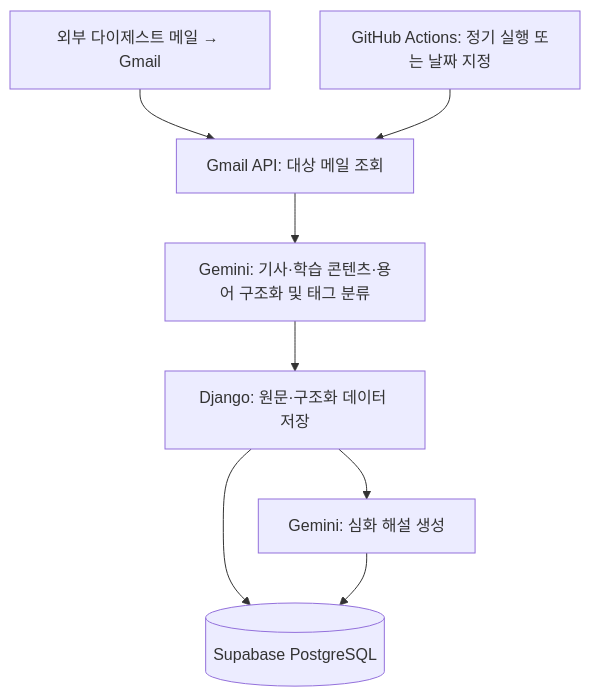
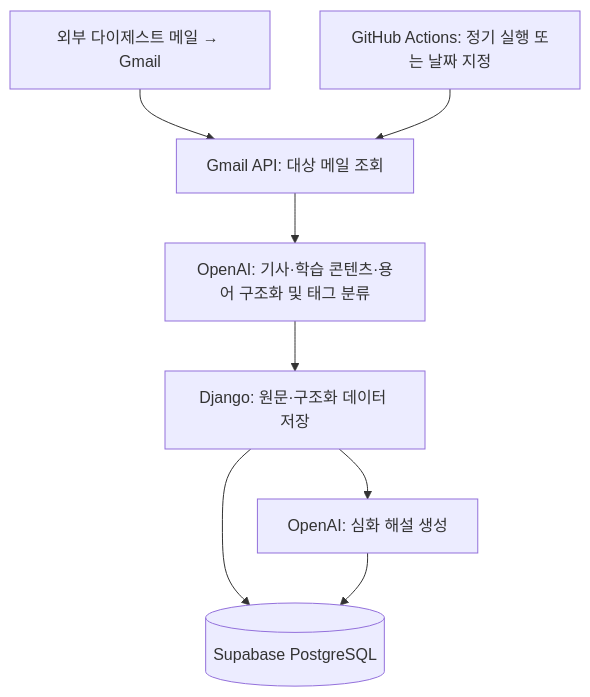
The first of 2 diagrams in README.md (clap-min99/ssd_studyapp), drawn with Mermaid before and after one commit. The commit also changed other lines of this file and 19 other files, not shown here.

Commit message:
feat: Gemini 기반 AI 기능을 OpenAI API로 전환

````diff
--- a/README.md
+++ b/README.md
@@ -28,10 +28,10 @@
 ```mermaid
 flowchart TD
     Mail[외부 다이제스트 메일 → Gmail] --> Gmail[Gmail API: 대상 메일 조회]
     Actions[GitHub Actions: 정기 실행 또는 날짜 지정] --> Gmail
-    Gmail --> Gemini[Gemini: 기사·학습 콘텐츠·용어 구조화 및 태그 분류]
-    Gemini --> Save[Django: 원문·구조화 데이터 저장]
+    Gmail --> OpenAI[OpenAI: 기사·학습 콘텐츠·용어 구조화 및 태그 분류]
+    OpenAI --> Save[Django: 원문·구조화 데이터 저장]
     Save --> DB[(Supabase PostgreSQL)]
-    Save --> Explain[Gemini: 심화 해설 생성]
+    Save --> Explain[OpenAI: 심화 해설 생성]
     Explain --> DB
 ```
````
